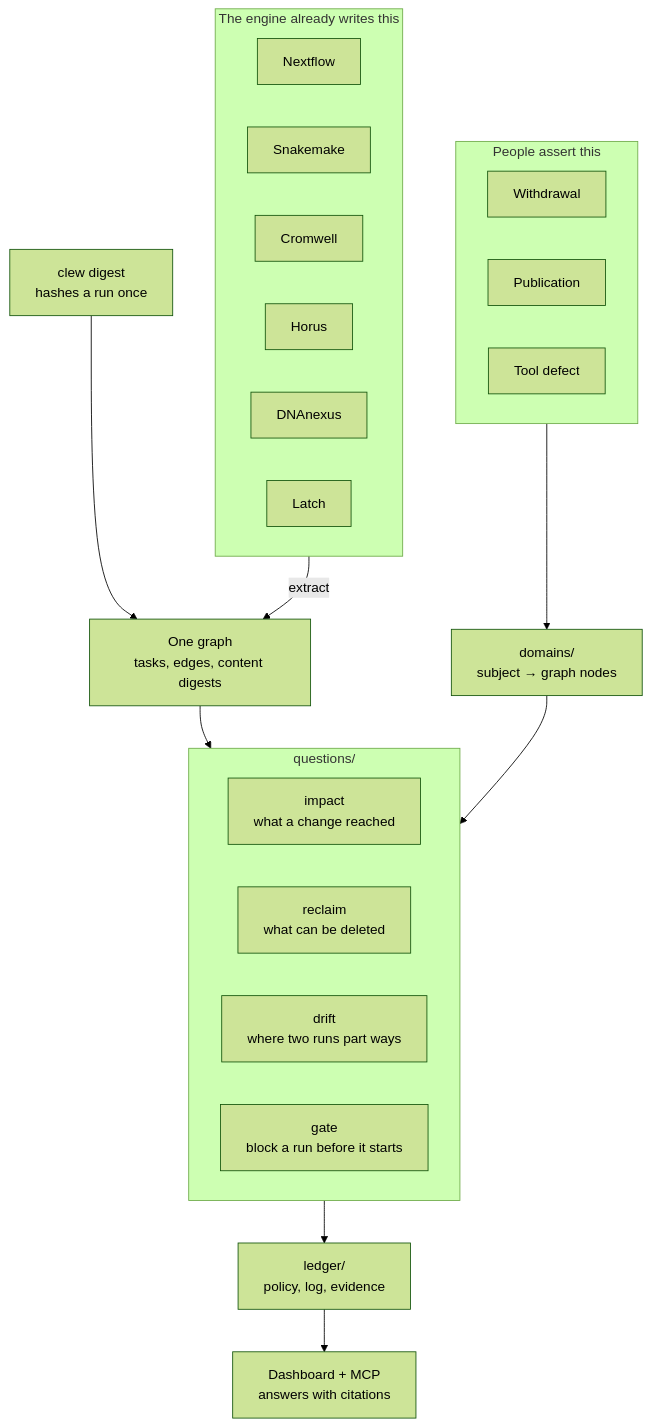
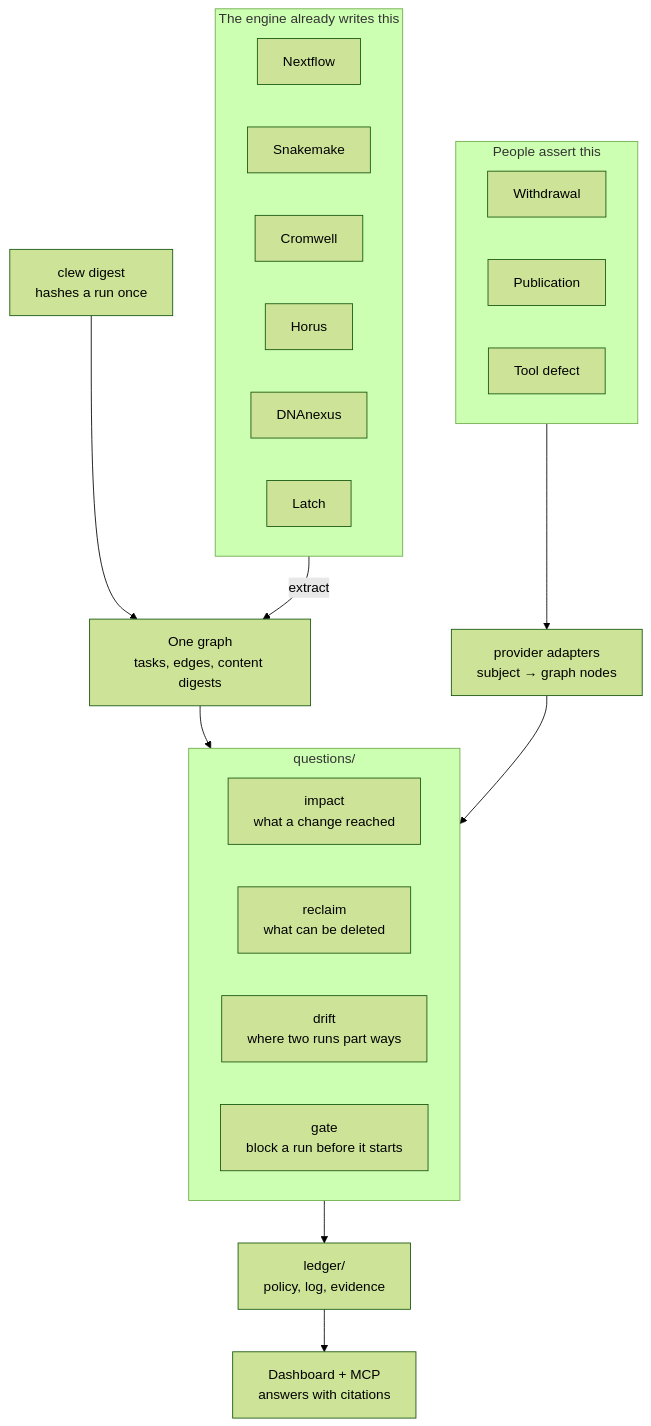
The diagram in docs/architecture.md (QuietFlare/clew), drawn with Mermaid (forest theme) before and after one commit. The commit also changed other lines of this file and 190 other files, not shown here.

````diff
--- a/docs/architecture.md
+++ b/docs/architecture.md
@@ -9,29 +9,29 @@
 ```mermaid
 flowchart TB
     subgraph ENG["The engine already writes this"]
         NF["Nextflow"]
         SM["Snakemake"]
         CW["Cromwell"]
         HZ["Horus"]
         DX["DNAnexus"]
         LT["Latch"]
     end
     subgraph PA["People assert this"]
         W["Withdrawal"]
         P["Publication"]
         D["Tool defect"]
     end
     ENG -- extract --> G["One graph<br/>tasks, edges, content digests"]
     DIG["clew digest<br/>hashes a run once"] --> G
-    PA --> DOM["domains/<br/>subject &rarr; graph nodes"]
+    PA --> DOM["provider adapters<br/>subject &rarr; graph nodes"]
     G --> Q
     DOM --> Q
     subgraph Q["questions/"]
         IMP["impact<br/>what a change reached"]
         REC["reclaim<br/>what can be deleted"]
         DRI["drift<br/>where two runs part ways"]
         GATE["gate<br/>block a run before it starts"]
     end
     Q --> LED["ledger/<br/>policy, log, evidence"]
     LED --> AUD["Dashboard + MCP<br/>answers with citations"]
 ```
````
